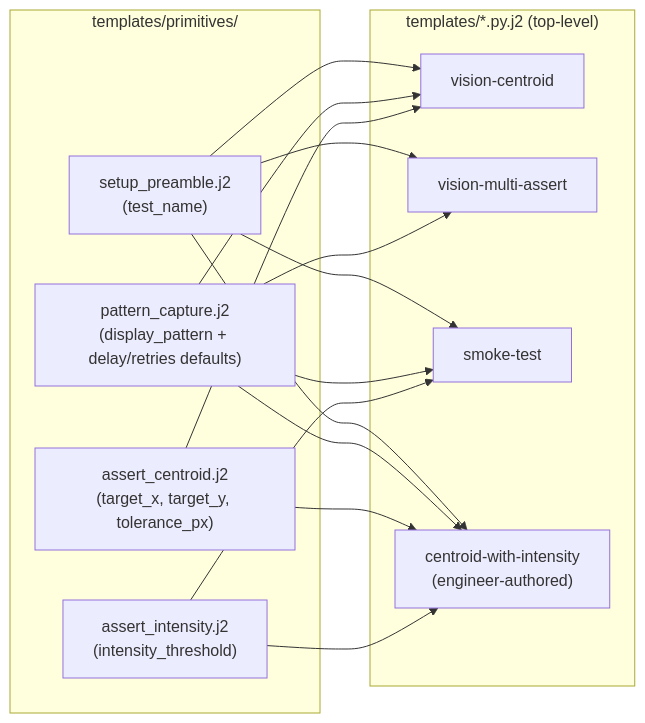
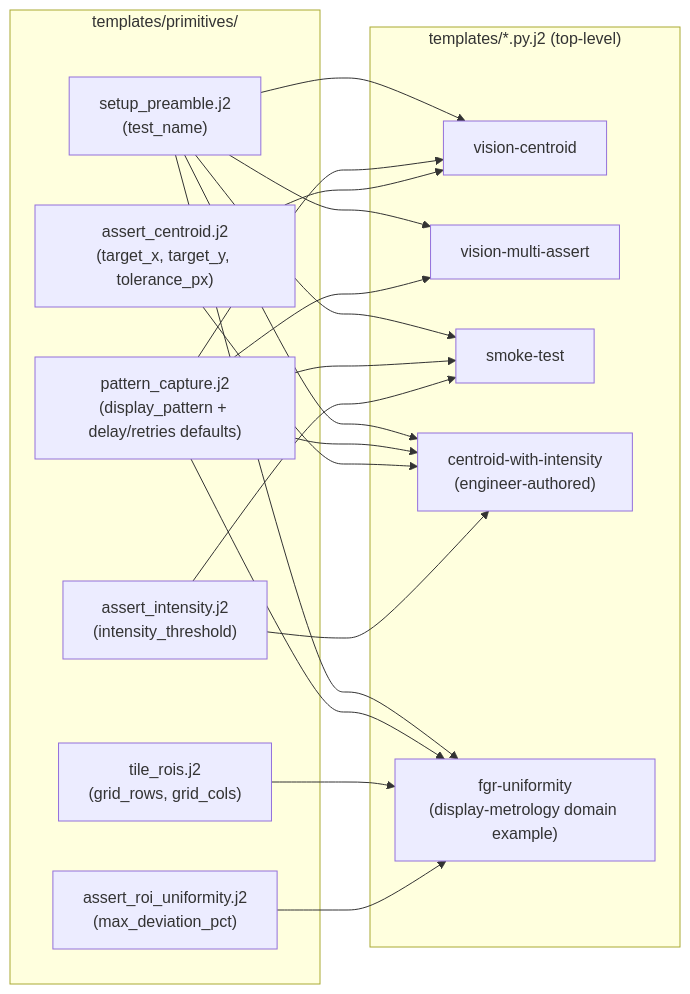
The second of 4 diagrams in docs/sop.md (BunnyDAO/HITL), drawn with Mermaid before and after one commit. The commit also changed other lines of this file and 2 other files, not shown here.

First line of the commit message:
docs: SOP FGR domain-example section + kit/checklist/README updates (#0018)

````diff
--- a/docs/sop.md
+++ b/docs/sop.md
@@ -119,19 +121,24 @@
 ```mermaid
 graph LR
     subgraph kit["templates/primitives/"]
         sp["setup_preamble.j2<br/>(test_name)"]
         pc["pattern_capture.j2<br/>(display_pattern + delay/retries defaults)"]
         ac["assert_centroid.j2<br/>(target_x, target_y, tolerance_px)"]
         ai["assert_intensity.j2<br/>(intensity_threshold)"]
+        tr["tile_rois.j2<br/>(grid_rows, grid_cols)"]
+        au["assert_roi_uniformity.j2<br/>(max_deviation_pct)"]
     end
     subgraph top["templates/*.py.j2 (top-level)"]
         vc["vision-centroid"]
         vma["vision-multi-assert"]
         st["smoke-test"]
         eng["centroid-with-intensity<br/>(engineer-authored)"]
+        fgr["fgr-uniformity<br/>(display-metrology domain example)"]
     end
-    sp --> vc & vma & st & eng
-    pc --> vc & vma & st & eng
+    sp --> vc & vma & st & eng & fgr
+    pc --> vc & vma & st & eng & fgr
     ac --> vc & eng
     ai --> st & eng
+    tr --> fgr
+    au --> fgr
 ```
````
